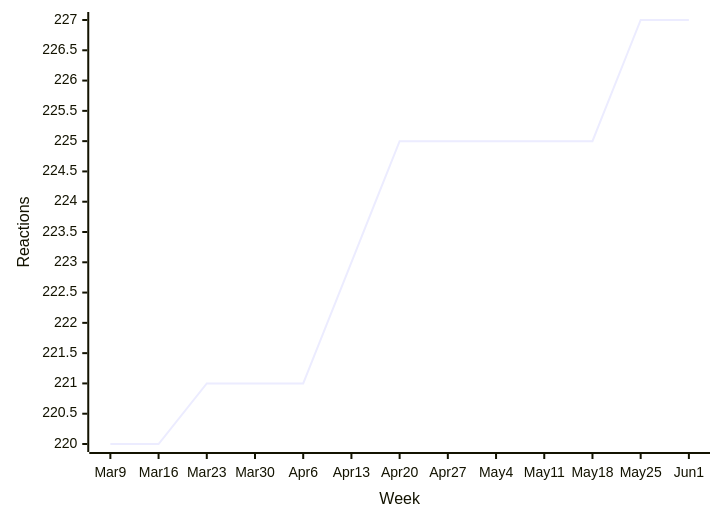
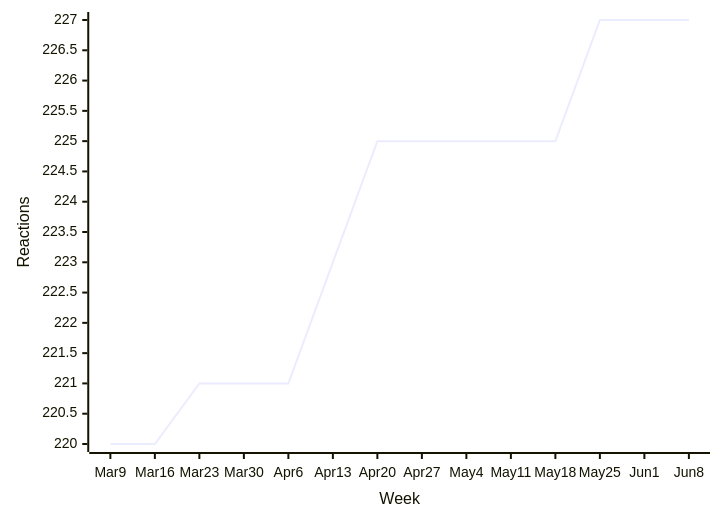
Diagram 16 of 44 in README.md (loic-sharma/github-insights), drawn with Mermaid before and after one commit. The commit also changed other lines of this file and 3 other files, not shown here.

````diff
--- a/README.md
+++ b/README.md
@@ -594,6 +594,6 @@
   ```mermaid
   xychart-beta
-    x-axis "Week" [Mar 9, Mar 16, Mar 23, Mar 30, Apr 6, Apr 13, Apr 20, Apr 27, May 4, May 11, May 18, May 25, Jun 1]
+    x-axis "Week" [Mar 9, Mar 16, Mar 23, Mar 30, Apr 6, Apr 13, Apr 20, Apr 27, May 4, May 11, May 18, May 25, Jun 1, Jun 8]
     y-axis "Reactions"
-    line [220, 220, 221, 221, 221, 223, 225, 225, 225, 225, 225, 227, 227]
+    line [220, 220, 221, 221, 221, 223, 225, 225, 225, 225, 225, 227, 227, 227]
   ```
````
